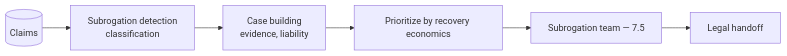
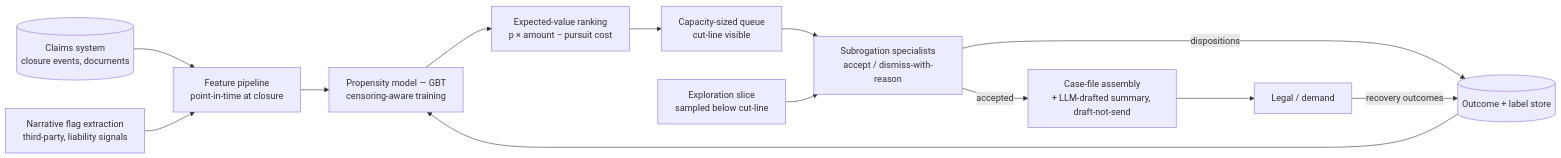
One commit to sivakrushna-works/GSAC changed the first of 3 diagrams in case-studies/cs30-subrogation-opportunity-detection.md. Above: the diagram before and after it, drawn with Mermaid. The commit also changed other lines of this file and 12 other files, not shown here.

````diff
--- a/case-studies/cs30-subrogation-opportunity-detection.md
+++ b/case-studies/cs30-subrogation-opportunity-detection.md
@@ -41,8 +44,15 @@
 ```mermaid
 flowchart LR
-    CLAIMS[(Claims)] --> DETECT[Subrogation detection<br/>classification]
-    DETECT --> CASE[Case building<br/>evidence, liability]
-    CASE --> PRIORITIZE[Prioritize by recovery economics]
-    PRIORITIZE --> SUBRO[Subrogation team — 7.5]
-    SUBRO --> LEGAL[Legal handoff]
+    CLAIMS[(Claims system<br/>closure events, documents)] --> FEAT[Feature pipeline<br/>point-in-time at closure]
+    NARR[Narrative flag extraction<br/>third-party, liability signals] --> FEAT
+    FEAT --> PROP[Propensity model — GBT<br/>censoring-aware training]
+    PROP --> EV[Expected-value ranking<br/>p × amount − pursuit cost]
+    EV --> QUEUE[Capacity-sized queue<br/>cut-line visible]
+    QUEUE --> SPEC[Subrogation specialists<br/>accept / dismiss-with-reason]
+    SPEC -->|accepted| CASE[Case-file assembly<br/>+ LLM-drafted summary, draft-not-send]
+    CASE --> LEGAL[Legal / demand]
+    SPEC -->|dispositions| LBL[(Outcome + label store)]
+    LEGAL -->|recovery outcomes| LBL
+    LBL --> PROP
+    EXPL[Exploration slice<br/>sampled below cut-line] --> SPEC
 ```
````
